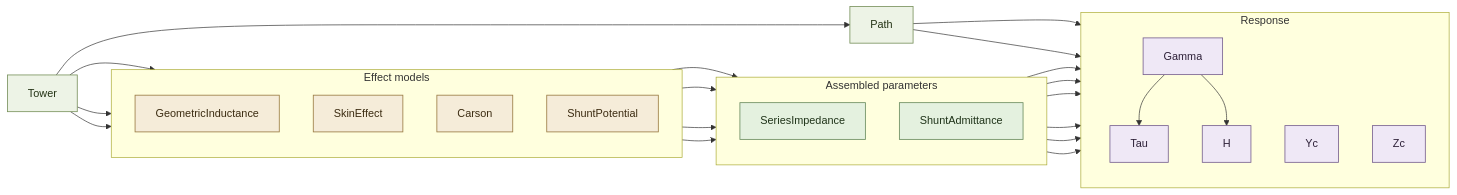
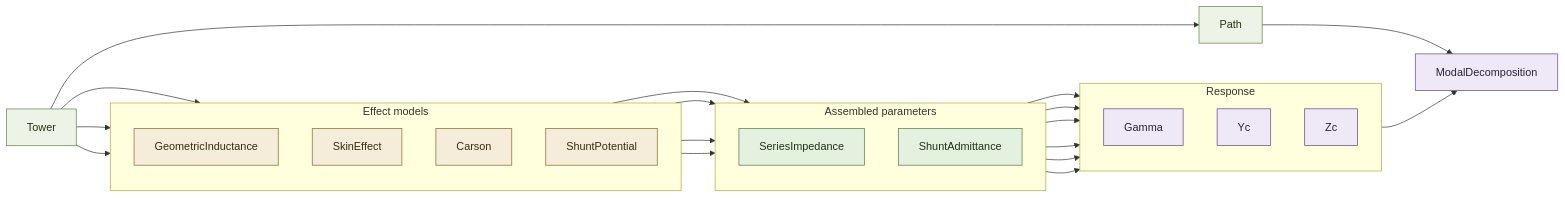
Before and after one commit to ORNL/GridKit: the diagram in GridKit/Model/EMT/Parameters/README.md, drawn with Mermaid. The commit also changed other lines of this file and 42 other files, not shown here.

````diff
--- a/GridKit/Model/EMT/Parameters/README.md
+++ b/GridKit/Model/EMT/Parameters/README.md
@@ -72,61 +77,59 @@
 ```mermaid
 flowchart LR
   path[Path]
   tower[Tower]
 
   subgraph effects["Effect models"]
     direction TB
     geo[GeometricInductance]
     skin[SkinEffect]
     carson[Carson]
     shuntpot[ShuntPotential]
   end
 
   subgraph assembled["Assembled parameters"]
     direction TB
     series[SeriesImpedance]
     shuntadm[ShuntAdmittance]
   end
 
   subgraph response["Response"]
     direction TB
-    tau[Tau]
-    h[H]
     gamma[Gamma]
     yc[Yc]
     zc[Zc]
   end
 
-  path --> tau
-  path --> h
+  modal[ModalDecomposition]
+
+  path --> modal
 
   tower --> path
 
   tower --> geo
   tower --> carson
   tower --> shuntpot
 
   geo --> series
   skin --> series
   carson --> series
   shuntpot --> shuntadm
 
   series --> gamma
   shuntadm --> gamma
   series --> yc
   shuntadm --> yc
   series --> zc
   shuntadm --> zc
 
-  gamma --> tau
-  gamma --> h
+  gamma --> modal
 
   classDef geometry fill:#edf3e6,stroke:#78915c,stroke-width:1.2px,color:#243315;
   classDef effect fill:#f5ecd9,stroke:#9a7b43,stroke-width:1.2px,color:#3b2b11;
   classDef assembled fill:#e4f1df,stroke:#698b5e,stroke-width:1.2px,color:#1f3319;
   classDef derived fill:#efe8f6,stroke:#77608f,stroke-width:1.2px,color:#2d2038;
   class tower,path geometry;
   class geo,skin,carson,shuntpot effect;
   class series,shuntadm assembled;
-  class gamma,tau,h,yc,zc derived;
+  class gamma,yc,zc,modal derived;
 ```
````
